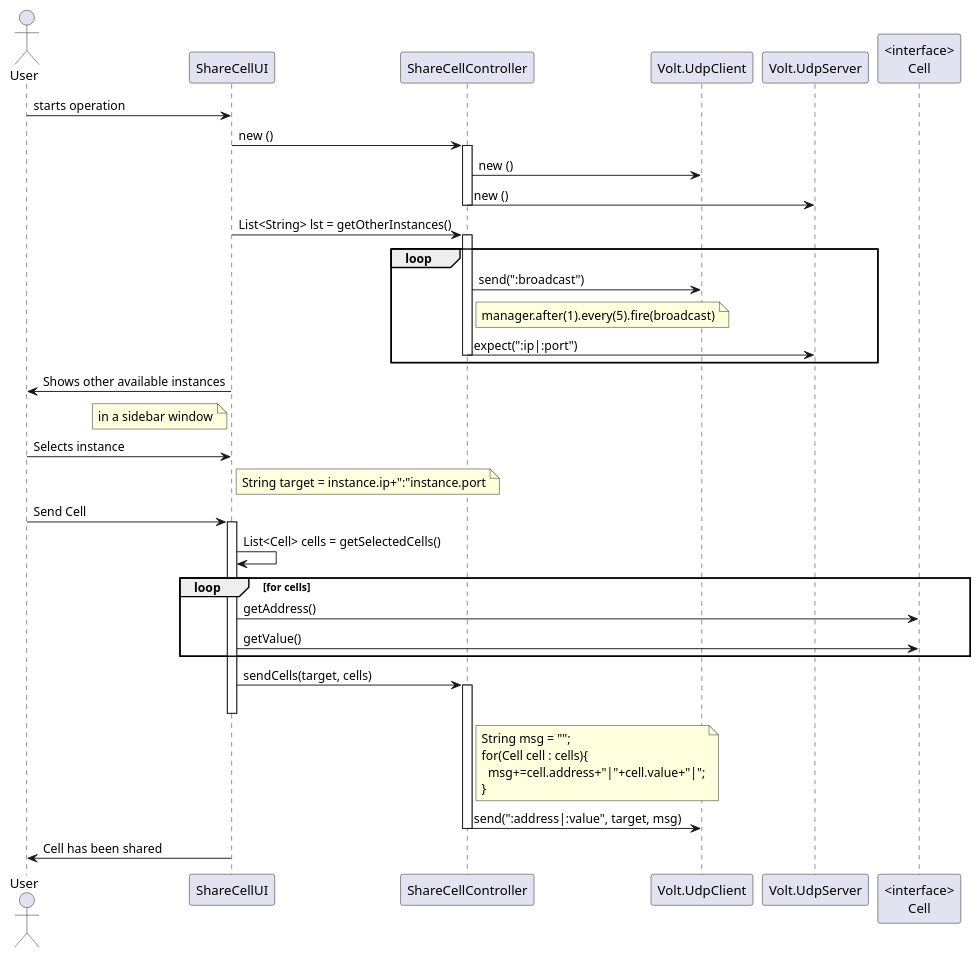
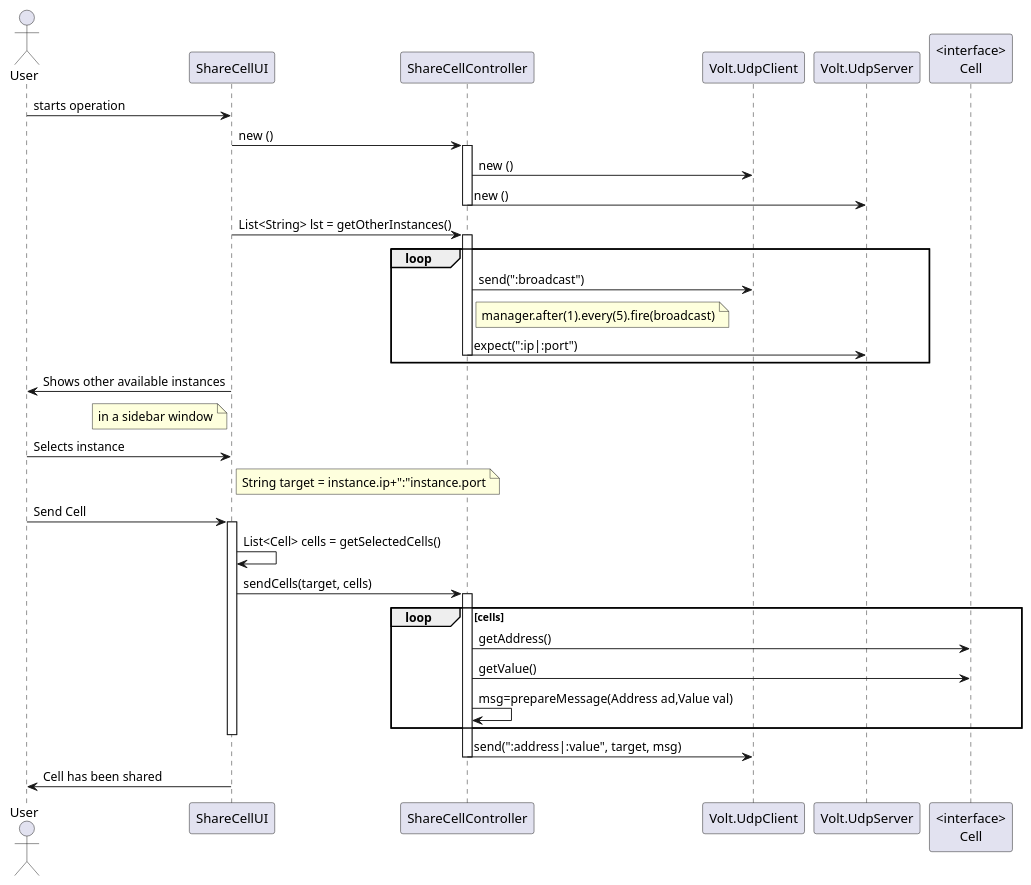
One commit to RubenTeixeira/cleansheets_isep_2dg_2016 changed the diagram in src/main/java/csheets/worklog/n1140611/sprint1/ipc01_01_design.puml. Above: the diagram before and after it, drawn with PlantUML. The commit also changed 2 other files, not shown here.

```diff
--- a/src/main/java/csheets/worklog/n1140611/sprint1/ipc01_01_design.puml
+++ b/src/main/java/csheets/worklog/n1140611/sprint1/ipc01_01_design.puml
@@ -1,47 +1,47 @@
 @startuml doc-files/ipc01_01_design.png
 
 actor User 
 participant "ShareCellUI" as UI
 participant "ShareCellController" as Controller
 participant "Volt.UdpClient" as UdpClient
 participant "Volt.UdpServer" as UdpServer
 participant "<interface>\nCell" as Cell
 
 User->UI: starts operation
 UI->Controller: new ()
 
 activate Controller
 Controller->UdpClient: new ()
 Controller->UdpServer: new ()
 deactivate Controller
 
 UI->Controller: List<String> lst = getOtherInstances()
 loop
 activate Controller
 Controller->UdpClient: send(":broadcast")
 note right of Controller: manager.after(1).every(5).fire(broadcast)
 Controller->UdpServer: expect(":ip|:port")
 deactivate Controller
 end
 
 UI->User: Shows other available instances
 note left of UI: in a sidebar window
 User->UI: Selects instance
 note right of UI: String target = instance.ip+":"instance.port
 User->UI: Send Cell
 
 activate UI
 UI->UI: List<Cell> cells = getSelectedCells()
-loop for cells
-UI->Cell: getAddress()
-UI->Cell: getValue()
-end
 UI->Controller: sendCells(target, cells)
 activate Controller
+loop cells
+Controller->Cell: getAddress()
+Controller->Cell: getValue()
+Controller->Controller:msg=prepareMessage(Address ad,Value val)
+end
 deactivate UI
-note right of Controller: String msg = "";\nfor(Cell cell : cells){\n  msg+=cell.address+"|"+cell.value+"|";\n}
 Controller->UdpClient: send(":address|:value", target, msg)
 deactivate Controller
 UI->User: Cell has been shared
 
 @enduml
```
